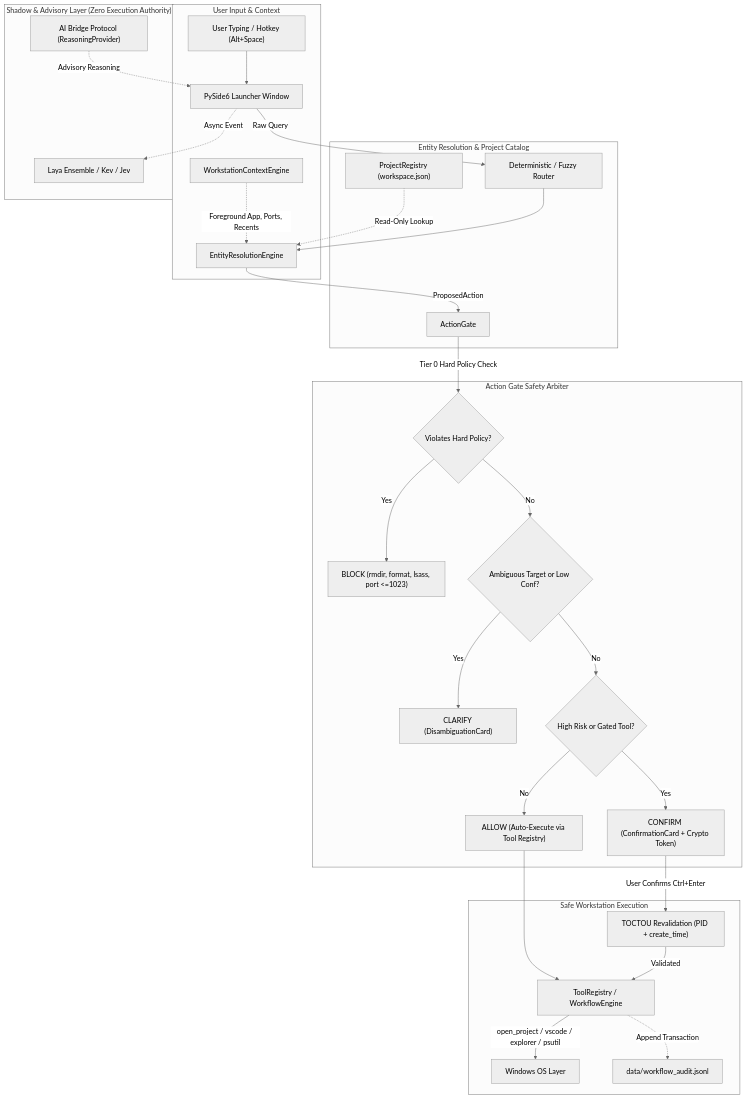
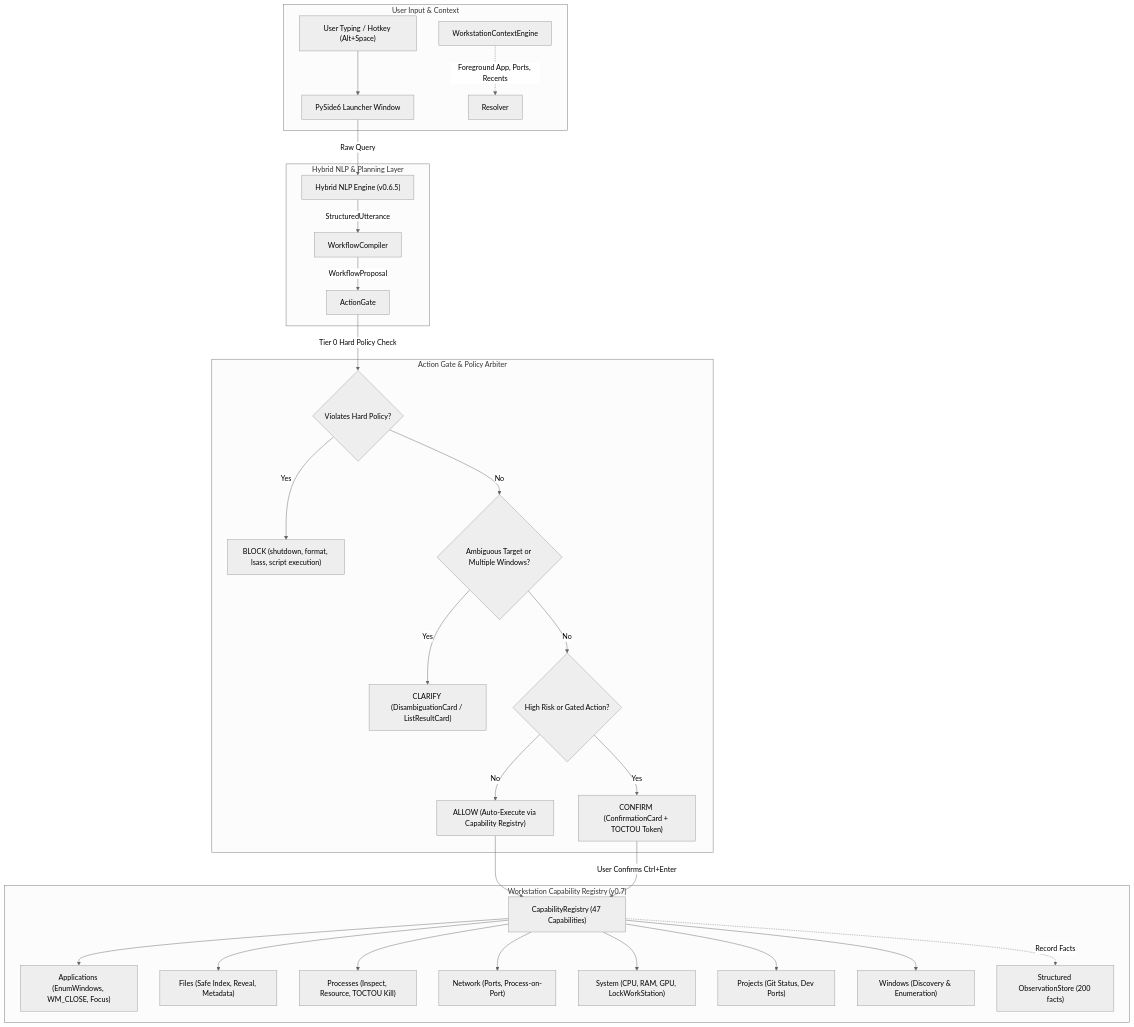
One commit to Voidwalker-AT/AstraRun changed the diagram in README.md. Above: the diagram before and after it, drawn with Mermaid (neutral theme). The commit also changed other lines of this file and 57 other files, not shown here.

Commit message:
feat(astrarun): implement workstation capability expansion and capability registry (v0.7)

````diff
--- a/README.md
+++ b/README.md
@@ -34,37 +37,36 @@
 ```mermaid
 flowchart TD
     subgraph Input ["User Input & Context"]
         User["User Typing / Hotkey (Alt+Space)"] --> UI["PySide6 Launcher Window"]
         CtxEngine["WorkstationContextEngine"] -.->|Foreground App, Ports, Recents| Resolver
     end
 
-    subgraph Resolution ["Entity Resolution & Project Catalog"]
-        UI -->|Raw Query| DetRouter["Deterministic / Fuzzy Router"]
-        DetRouter --> Resolver["EntityResolutionEngine"]
-        ProjReg["ProjectRegistry (workspace.json)"] -.->|Read-Only Lookup| Resolver
-        Resolver -->|ProposedAction| Gate["ActionGate"]
+    subgraph Understanding ["Hybrid NLP & Planning Layer"]
+        UI -->|Raw Query| NLP["Hybrid NLP Engine (v0.6.5)"]
+        NLP -->|StructuredUtterance| Compiler["WorkflowCompiler"]
+        Compiler -->|WorkflowProposal| Gate["ActionGate"]
     end
 
-    subgraph Safety ["Action Gate Safety Arbiter"]
+    subgraph Safety ["Action Gate & Policy Arbiter"]
         Gate -->|Tier 0 Hard Policy Check| PolicyBlock{"Violates Hard Policy?"}
-        PolicyBlock -->|Yes| BlockOutcome["BLOCK (rmdir, format, lsass, port <=1023)"]
-        PolicyBlock -->|No| AmbigCheck{"Ambiguous Target or Low Conf?"}
-        AmbigCheck -->|Yes| ClarifyOutcome["CLARIFY (DisambiguationCard)"]
-        AmbigCheck -->|No| RiskCheck{"High Risk or Gated Tool?"}
-        RiskCheck -->|Yes| ConfirmOutcome["CONFIRM (ConfirmationCard + Crypto Token)"]
-        RiskCheck -->|No| AllowOutcome["ALLOW (Auto-Execute via Tool Registry)"]
+        PolicyBlock -->|Yes| BlockOutcome["BLOCK (shutdown, format, lsass, script execution)"]
+        PolicyBlock -->|No| AmbigCheck{"Ambiguous Target or Multiple Windows?"}
+        AmbigCheck -->|Yes| ClarifyOutcome["CLARIFY (DisambiguationCard / ListResultCard)"]
+        AmbigCheck -->|No| RiskCheck{"High Risk or Gated Action?"}
+        RiskCheck -->|Yes| ConfirmOutcome["CONFIRM (ConfirmationCard + TOCTOU Token)"]
+        RiskCheck -->|No| AllowOutcome["ALLOW (Auto-Execute via Capability Registry)"]
     end
 
-    subgraph Execution ["Safe Workstation Execution"]
-        ConfirmOutcome -->|User Confirms Ctrl+Enter| TOCTOU["TOCTOU Revalidation (PID + create_time)"]
-        TOCTOU -->|Validated| Tools["ToolRegistry / WorkflowEngine"]
-        AllowOutcome --> Tools
-        Tools -->|open_project / vscode / explorer / psutil| WinOS["Windows OS Layer"]
-        Tools -.->|Append Transaction| AuditLog["data/workflow_audit.jsonl"]
-    end
-
-    subgraph Advisory ["Shadow & Advisory Layer (Zero Execution Authority)"]
-        UI -.->|Async Event| ShadowModels["Laya Ensemble / Kev / Jev"]
-        BridgeBoundary["AI Bridge Protocol (ReasoningProvider)"] -.->|Advisory Reasoning| UI
+    subgraph Capabilities ["Workstation Capability Registry (v0.7)"]
+        AllowOutcome --> Reg["CapabilityRegistry (47 Capabilities)"]
+        ConfirmOutcome -->|User Confirms Ctrl+Enter| Reg
+        Reg --> Apps["Applications (EnumWindows, WM_CLOSE, Focus)"]
+        Reg --> Files["Files (Safe Index, Reveal, Metadata)"]
+        Reg --> Procs["Processes (Inspect, Resource, TOCTOU Kill)"]
+        Reg --> Net["Network (Ports, Process-on-Port)"]
+        Reg --> Sys["System (CPU, RAM, GPU, LockWorkStation)"]
+        Reg --> Proj["Projects (Git Status, Dev Ports)"]
+        Reg --> Win["Windows (Discovery & Enumeration)"]
+        Reg -.->|Record Facts| Store["Structured ObservationStore (200 facts)"]
     end
 ```
````
